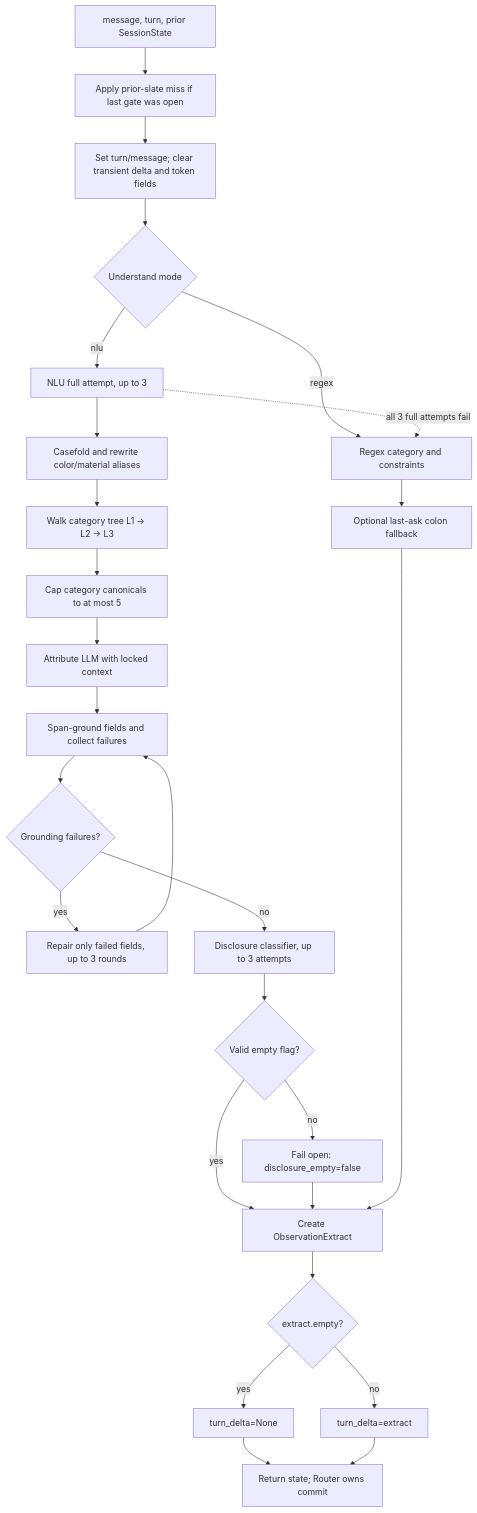
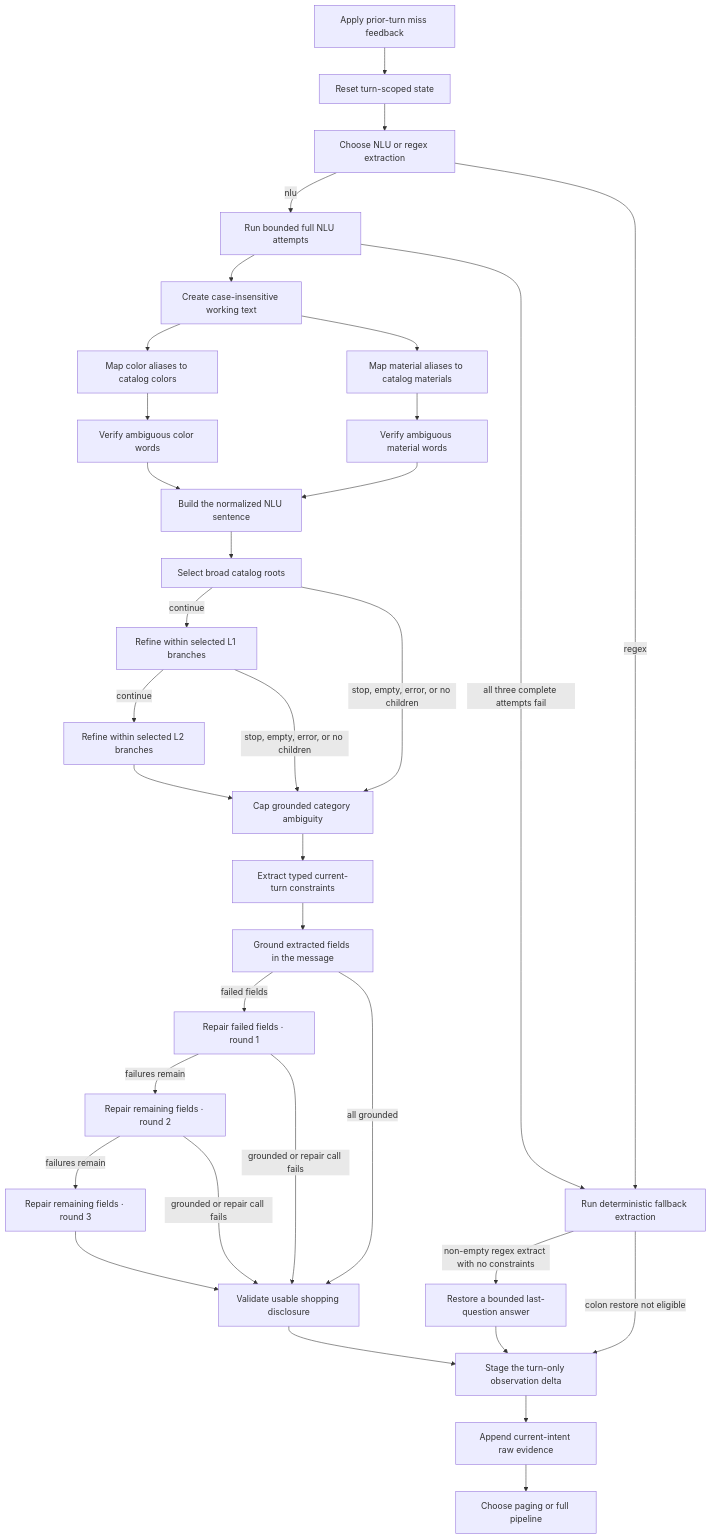
Before and after one commit to Maxxtucker/WOW-WILDLOTUS-Shopping-Copilot: the first of 2 diagrams in agent/understand/README.md, drawn with Mermaid. The commit also changed other lines of this file and 70 other files, not shown here.

First line of the commit message:
Align workflow schema with an interactive demo circuit.

````diff
--- a/agent/understand/README.md
+++ b/agent/understand/README.md
@@ -9,29 +10,61 @@
 ```mermaid
 flowchart TD
-    IN["message, turn, prior SessionState"] --> MISS["Apply prior-slate miss if last gate was open"]
-    MISS --> CLOCK["Set turn/message; clear transient delta and token fields"]
-    CLOCK --> MODE{"Understand mode"}
-    MODE -- regex --> RX["Regex category and constraints"]
-    MODE -- nlu --> TRY["NLU full attempt, up to 3"]
-    TRY --> RW["Casefold and rewrite color/material aliases"]
-    RW --> CAT["Walk category tree L1 → L2 → L3"]
-    CAT --> CAP["Cap category canonicals to at most 5"]
-    CAP --> ATTR["Attribute LLM with locked context"]
-    ATTR --> GROUND["Span-ground fields and collect failures"]
-    GROUND --> FAIL{"Grounding failures?"}
-    FAIL -- yes --> REPAIR["Repair only failed fields, up to 3 rounds"]
-    REPAIR --> GROUND
-    FAIL -- no --> DISC["Disclosure classifier, up to 3 attempts"]
-    DISC --> VALID{"Valid empty flag?"}
-    VALID -- no --> OPEN["Fail open: disclosure_empty=false"]
-    VALID -- yes --> EXTRACT["Create ObservationExtract"]
-    OPEN --> EXTRACT
-    TRY -. all 3 full attempts fail .-> RX
-    RX --> COLON["Optional last-ask colon fallback"]
-    COLON --> EXTRACT
-    EXTRACT --> EMPTY{"extract.empty?"}
-    EMPTY -- yes --> VOID["turn_delta=None"]
-    EMPTY -- no --> DELTA["turn_delta=extract"]
-    VOID --> OUT["Return state; Router owns commit"]
-    DELTA --> OUT
+    prior_miss["Apply prior-turn miss feedback"]
+    turn_reset["Reset turn-scoped state"]
+    understand_mode["Choose NLU or regex extraction"]
+    nlu_attempt["Run bounded full NLU attempts"]
+    casefold["Create case-insensitive working text"]
+    color_map["Map color aliases to catalog colors"]
+    material_map["Map material aliases to catalog materials"]
+    color_verify["Verify ambiguous color words"]
+    material_verify["Verify ambiguous material words"]
+    merge_rewrite["Build the normalized NLU sentence"]
+    category_l1["Select broad catalog roots"]
+    category_l2["Refine within selected L1 branches"]
+    category_l3["Refine within selected L2 branches"]
+    category_cap["Cap grounded category ambiguity"]
+    attribute_llm["Extract typed current-turn constraints"]
+    slot_grounding["Ground extracted fields in the message"]
+    repair_1["Repair failed fields · round 1"]
+    repair_2["Repair remaining fields · round 2"]
+    repair_3["Repair remaining fields · round 3"]
+    disclosure["Validate usable shopping disclosure"]
+    regex_extract["Run deterministic fallback extraction"]
+    colon_restore["Restore a bounded last-question answer"]
+    turn_delta["Stage the turn-only observation delta"]
+    active_intent_evidence["Append current-intent raw evidence"]
+    empty_disclosure_gate["Choose paging or full pipeline"]
+    prior_miss --> turn_reset
+    turn_reset --> understand_mode
+    understand_mode -- "nlu" --> nlu_attempt
+    understand_mode -- "regex" --> regex_extract
+    nlu_attempt --> casefold
+    nlu_attempt -- "all three complete attempts fail" --> regex_extract
+    casefold --> color_map
+    casefold --> material_map
+    color_map --> color_verify
+    material_map --> material_verify
+    color_verify --> merge_rewrite
+    material_verify --> merge_rewrite
+    merge_rewrite --> category_l1
+    category_l1 -- "continue" --> category_l2
+    category_l1 -- "stop, empty, error, or no children" --> category_cap
+    category_l2 -- "continue" --> category_l3
+    category_l2 -- "stop, empty, error, or no children" --> category_cap
+    category_l3 --> category_cap
+    category_cap --> attribute_llm
+    attribute_llm --> slot_grounding
+    slot_grounding -- "failed fields" --> repair_1
+    slot_grounding -- "all grounded" --> disclosure
+    repair_1 -- "failures remain" --> repair_2
+    repair_1 -- "grounded or repair call fails" --> disclosure
+    repair_2 -- "failures remain" --> repair_3
+    repair_2 -- "grounded or repair call fails" --> disclosure
+    repair_3 --> disclosure
+    disclosure --> turn_delta
+    regex_extract -- "non-empty regex extract with no constraints" --> colon_restore
+    regex_extract -- "colon restore not eligible" --> turn_delta
+    colon_restore --> turn_delta
+    turn_delta --> active_intent_evidence
+    active_intent_evidence --> empty_disclosure_gate
 ```
````
